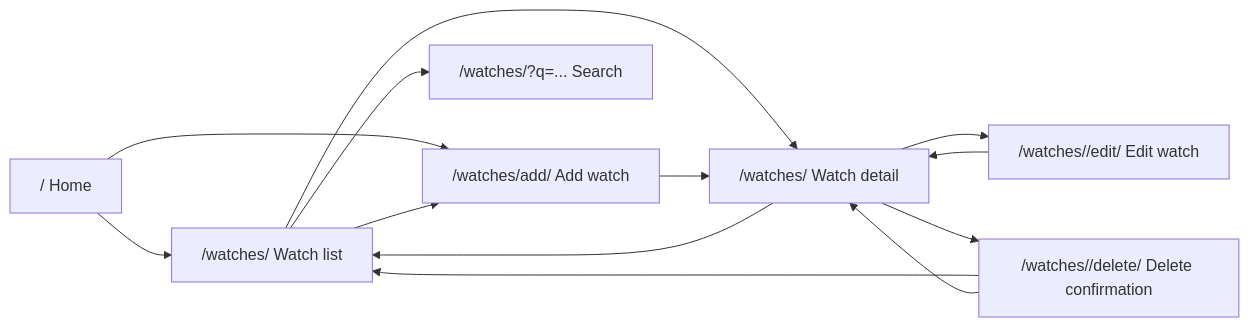
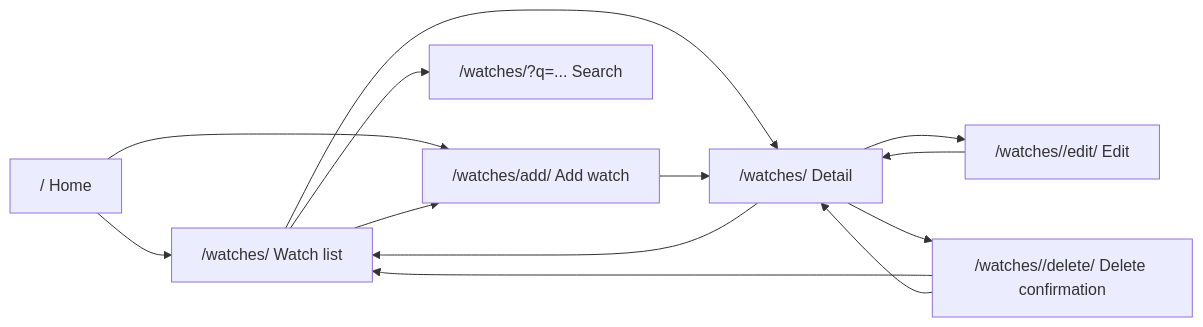
Before and after one commit to vsszhang/program-python-course-26: the second of 3 diagrams in src/homework_02_Django/README.md, drawn with Mermaid. The commit also changed other lines of this file and 3 other files, not shown here.

````diff
--- a/src/homework_02_Django/README.md
+++ b/src/homework_02_Django/README.md
@@ -72,15 +85,15 @@
 ```mermaid
 flowchart LR
     Home["/ Home"] --> List["/watches/ Watch list"]
     Home --> Add["/watches/add/ Add watch"]
-    List --> Detail["/watches/<id> Watch detail"]
     List --> Search["/watches/?q=... Search"]
+    List --> Detail["/watches/<id> Detail"]
     List --> Add
-    Detail --> Edit["/watches/<id>/edit/ Edit watch"]
+    Detail --> Edit["/watches/<id>/edit/ Edit"]
     Detail --> Delete["/watches/<id>/delete/ Delete confirmation"]
     Detail --> List
     Add --> Detail
     Edit --> Detail
     Delete --> List
     Delete --> Detail
 ```
````
